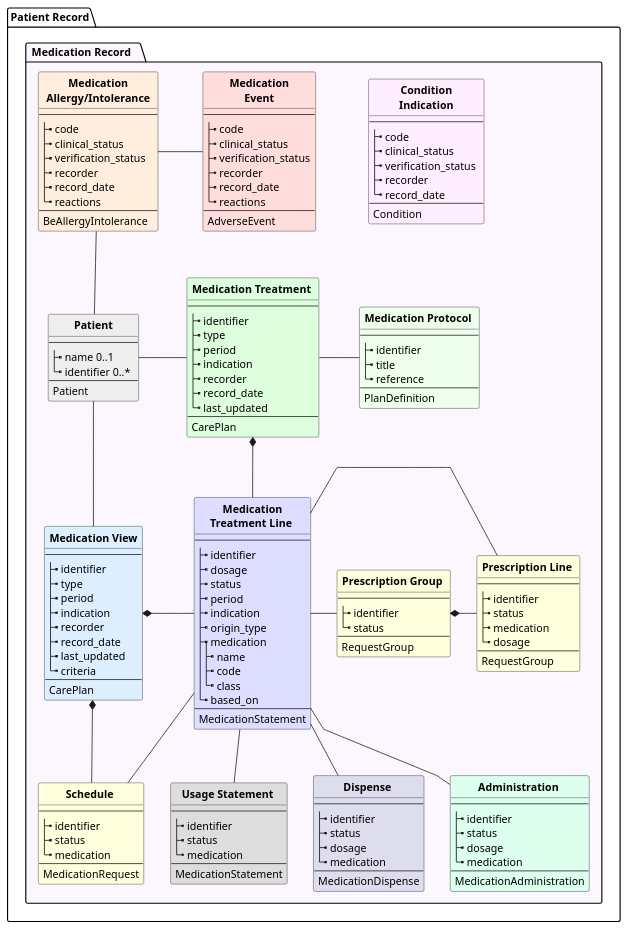
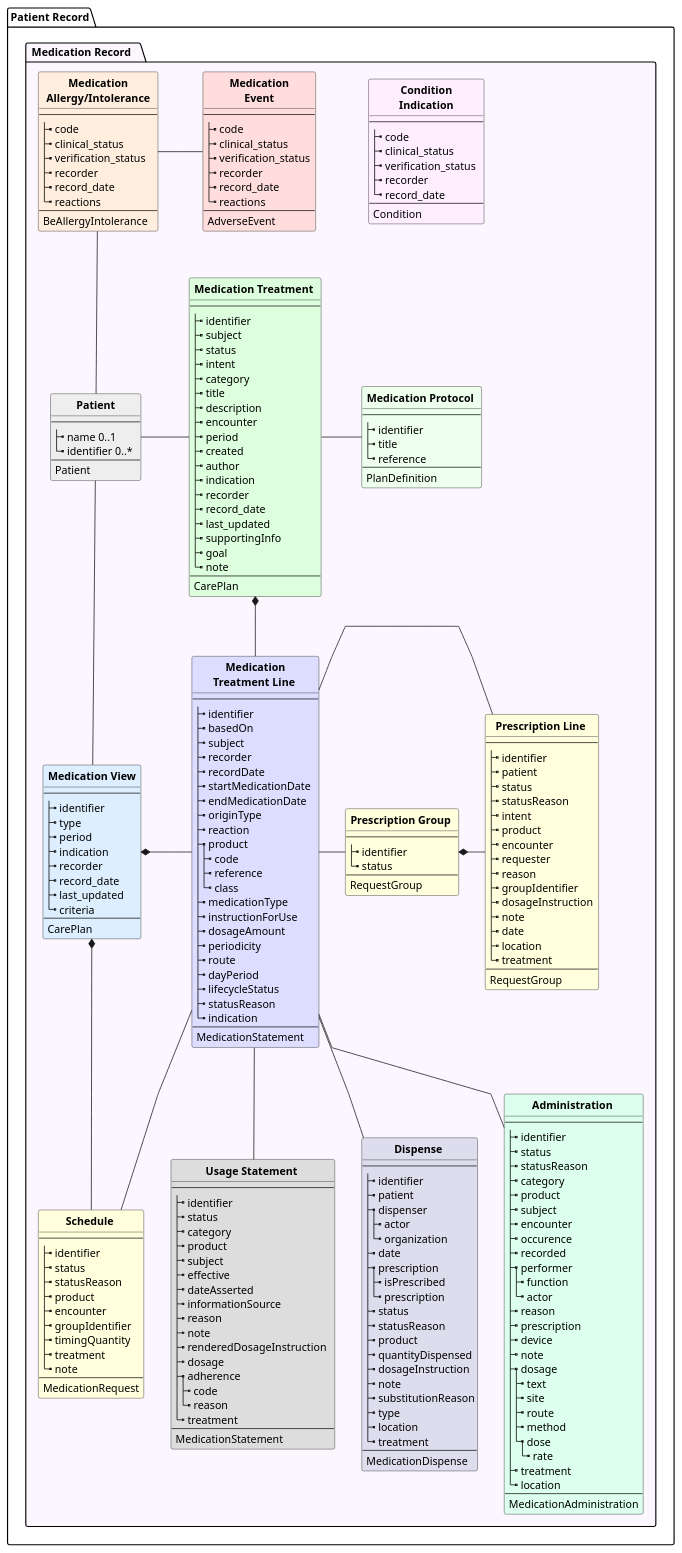
The diagram in input/images-source/medrecord-fhirresources.plantuml (jcostateixeira/riziv-medication-record), drawn with PlantUML before and after one commit.

Commit message:
clean up and update resources diagram

```diff
--- a/input/images-source/medrecord-fhirresources.plantuml
+++ b/input/images-source/medrecord-fhirresources.plantuml
@@ -29,19 +29,31 @@
     }
 
 
+
     class " **Medication** \n **Treatment Line ** " as MTL #DDF {
         --
-        |_ identifier
-        |_ dosage
-        |_ status
-        |_ period
+        |_ identifier 
+        |_ basedOn 
+        |_ subject 
+        |_ recorder 
+        |_ recordDate 
+        |_ startMedicationDate   
+        |_ endMedicationDate 
+        |_ originType 
+        |_ reaction 
+        |_ product
+          |_ code
+          |_ reference
+          |_ class
+        |_ medicationType 
+        |_ instructionForUse 
+        |_ dosageAmount 
+        |_ periodicity 
+        |_ route 
+        |_ dayPeriod 
+        |_ lifecycleStatus 
+        |_ statusReason 
         |_ indication
-        |_ origin_type
-        |_ medication
-          |_ name
-          |_ code
-          |_ class
-        |_ based_on
         --
         MedicationStatement
     }
@@ -49,12 +61,23 @@
     class " **Medication Treatment**  " as MT #DFD {
         --
         |_ identifier
-        |_ type
-        |_ period
+        |_ subject  
+        |_ status  
+        |_ intent  
+        |_ category  
+        |_ title  
+        |_ description  
+        |_ encounter  
+        |_ period  
+        |_ created  
+        |_ author  
         |_ indication
         |_ recorder
         |_ record_date
         |_ last_updated
+        |_ supportingInfo  
+        |_ goal  
+        |_ note   
         --
         CarePlan
     }
@@ -94,10 +117,21 @@
 
 class " **Prescription Line**  " as PREL #FFD {
 --
-|_ identifier
-|_ status
-|_ medication
-|_ dosage
+|_ identifier 
+|_ patient 
+|_ status 
+|_ statusReason 
+|_ intent 
+|_ product
+|_ encounter 
+|_ requester 
+|_ reason 
+|_ groupIdentifier 
+|_ dosageInstruction  
+|_ note 
+|_ date 
+|_ location 
+|_ treatment 
 --
 RequestGroup
 }
@@ -107,7 +141,13 @@
 --
 |_ identifier
 |_ status
-|_ medication
+|_ statusReason 
+|_ product
+|_ encounter 
+|_ groupIdentifier 
+|_ timingQuantity 
+|_ treatment 
+|_ note 
 --
 MedicationRequest
 }
@@ -115,28 +155,77 @@
 class " **Dispense**  " as DIS #DDE {
 --
 |_ identifier
+|_ patient
+|_ dispenser
+  |_ actor
+  |_ organization
+|_ date
+|_ prescription
+  |_ isPrescribed
+  |_ prescription
 |_ status
-|_ dosage
-|_ medication
+|_ statusReason
+|_ product
+|_ quantityDispensed
+|_ dosageInstruction
+|_ note
+|_ substitutionReason 
+|_ type
+|_ location
+|_ treatment
 --
 MedicationDispense
 }
 
 class " **Administration**  " as ADM #DFE {
 --
-|_ identifier
-|_ status
-|_ dosage
-|_ medication
+|_ identifier 
+|_ status 
+|_ statusReason 
+|_ category 
+|_ product
+|_ subject 
+|_ encounter 
+|_ occurence
+|_ recorded 
+|_ performer 
+  |_ function 
+  |_ actor 
+|_ reason
+|_ prescription 
+|_ device 
+|_ note 
+|_ dosage 
+  |_ text 
+  |_ site 
+  |_ route 
+  |_ method 
+  |_ dose 
+    |_ rate
+|_ treatment 
+|_ location 
 --
 MedicationAdministration
 }
 
 class " **Usage Statement**  " as USE #DDD {
 --
-|_ identifier
-|_ status
-|_ medication
+|_ identifier  
+|_ status  
+|_ category  
+|_ product
+|_ subject  
+|_ effective
+|_ dateAsserted
+|_ informationSource  
+|_ reason
+|_ note  
+|_ renderedDosageInstruction   
+|_ dosage  
+|_ adherence  
+  |_ code  
+  |_ reason  
+|_ treatment  
 --
 MedicationStatement
 }
```
